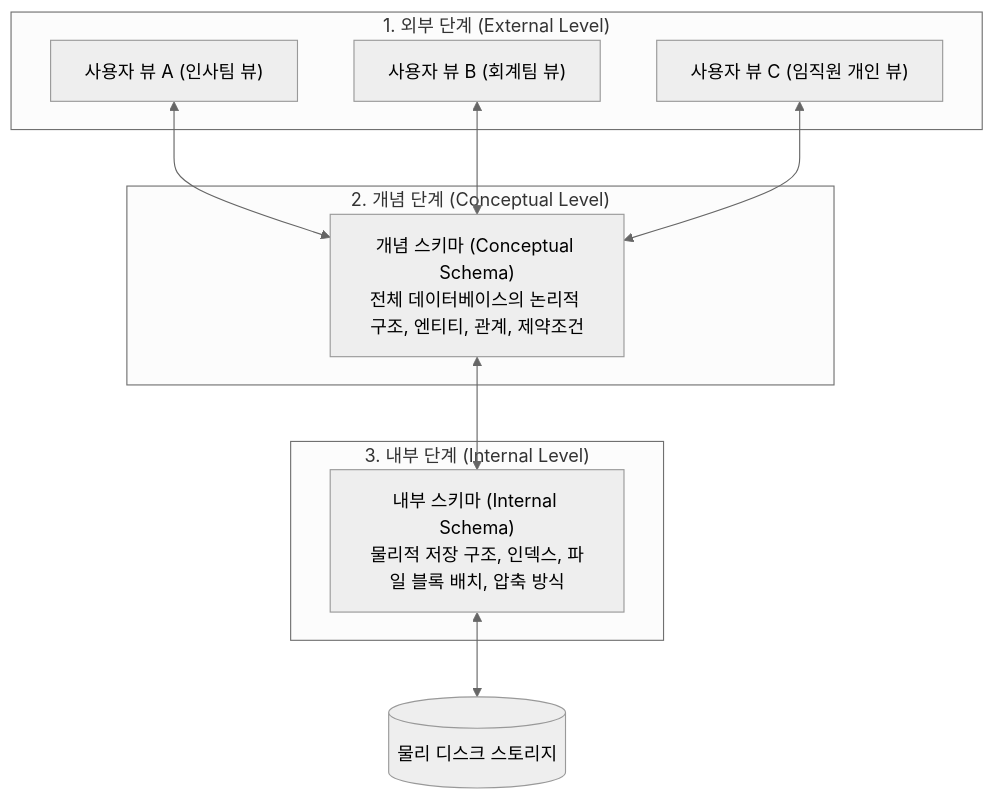
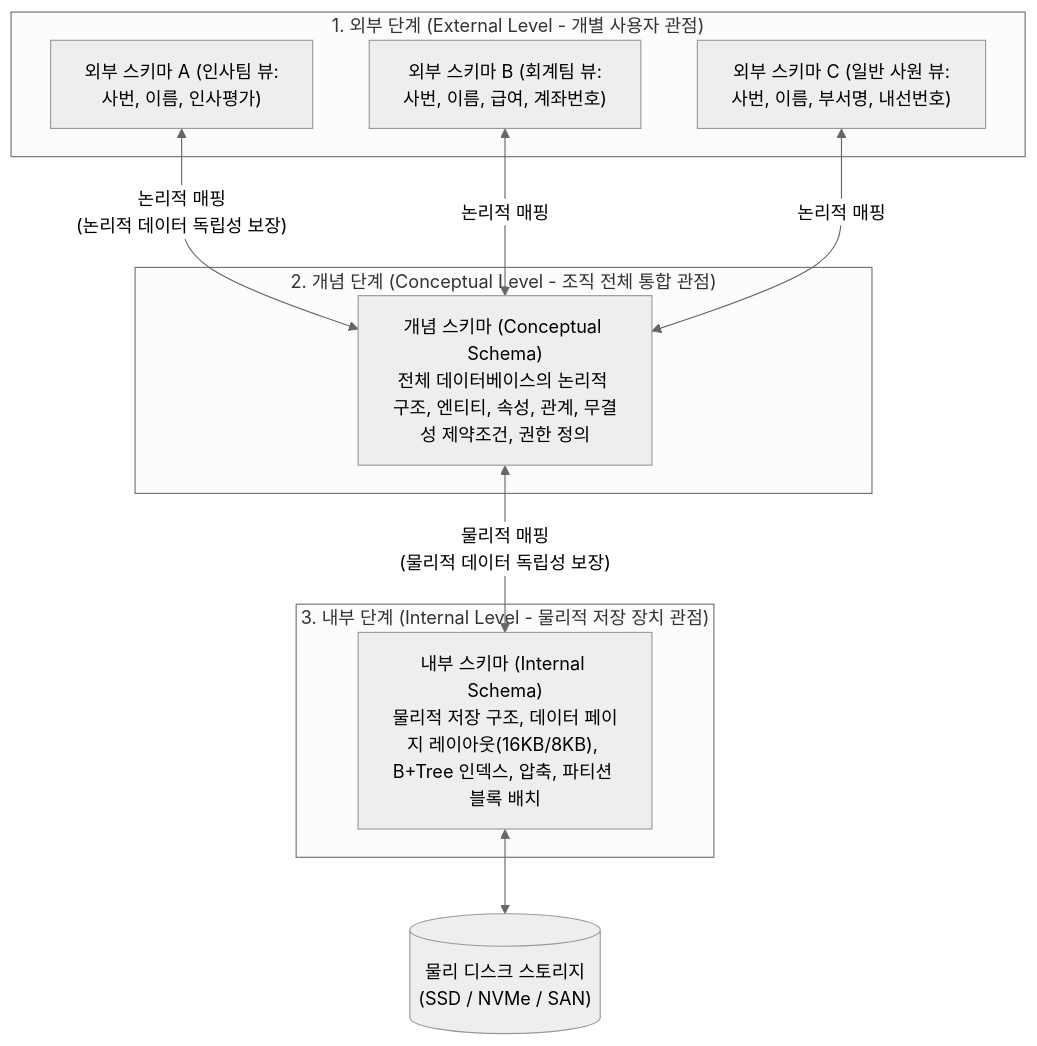
The third of 37 diagrams in 07_데이터베이스_기술.md (keimania/tech-notes), drawn with Mermaid (neutral theme) before and after one commit. The commit also changed other lines of this file and 12 other files, not shown here.

````diff
--- a/07_데이터베이스_기술.md
+++ b/07_데이터베이스_기술.md
@@ -69,22 +69,22 @@
 ```mermaid
 flowchart TD
-    subgraph ExternalLevel["1. 외부 단계 (External Level)"]
-        V1["사용자 뷰 A (인사팀 뷰)"]
-        V2["사용자 뷰 B (회계팀 뷰)"]
-        V3["사용자 뷰 C (임직원 개인 뷰)"]
+    subgraph ExternalLevel["1. 외부 단계 (External Level - 개별 사용자 관점)"]
+        V1["외부 스키마 A (인사팀 뷰:<br/>사번, 이름, 인사평가)"]
+        V2["외부 스키마 B (회계팀 뷰:<br/>사번, 이름, 급여, 계좌번호)"]
+        V3["외부 스키마 C (일반 사원 뷰:<br/>사번, 이름, 부서명, 내선번호)"]
     end
 
-    subgraph ConceptualLevel["2. 개념 단계 (Conceptual Level)"]
-        CS["개념 스키마 (Conceptual Schema)<br/>전체 데이터베이스의 논리적 구조, 엔티티, 관계, 제약조건"]
+    subgraph ConceptualLevel["2. 개념 단계 (Conceptual Level - 조직 전체 통합 관점)"]
+        CS["개념 스키마 (Conceptual Schema)<br/>전체 데이터베이스의 논리적 구조, 엔티티, 속성, 관계, 무결성 제약조건, 권한 정의"]
     end
 
-    subgraph InternalLevel["3. 내부 단계 (Internal Level)"]
-        IS["내부 스키마 (Internal Schema)<br/>물리적 저장 구조, 인덱스, 파일 블록 배치, 압축 방식"]
+    subgraph InternalLevel["3. 내부 단계 (Internal Level - 물리적 저장 장치 관점)"]
+        IS["내부 스키마 (Internal Schema)<br/>물리적 저장 구조, 데이터 페이지 레이아웃(16KB/8KB), B+Tree 인덱스, 압축, 파티션 블록 배치"]
     end
 
-    V1 <--> CS
-    V2 <--> CS
-    V3 <--> CS
-    CS <--> IS
-    IS <--> Disk[(물리 디스크 스토리지)]
+    V1 <-->|"논리적 매핑<br/>(논리적 데이터 독립성 보장)"| CS
+    V2 <-->|"논리적 매핑"| CS
+    V3 <-->|"논리적 매핑"| CS
+    CS <-->|"물리적 매핑<br/>(물리적 데이터 독립성 보장)"| IS
+    IS <--> Disk[("물리 디스크 스토리지<br/>(SSD / NVMe / SAN)")]
 ```
````
